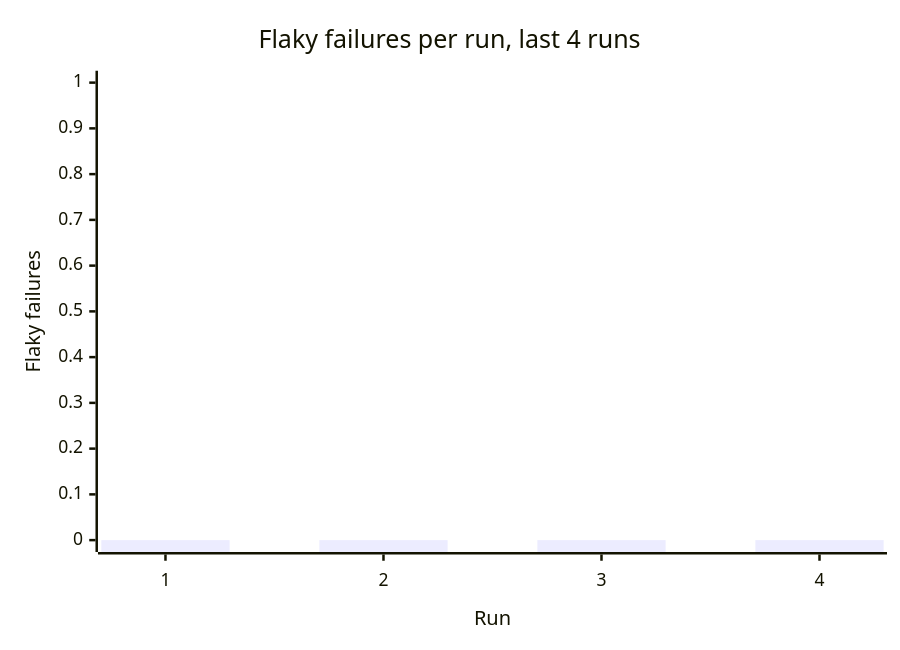
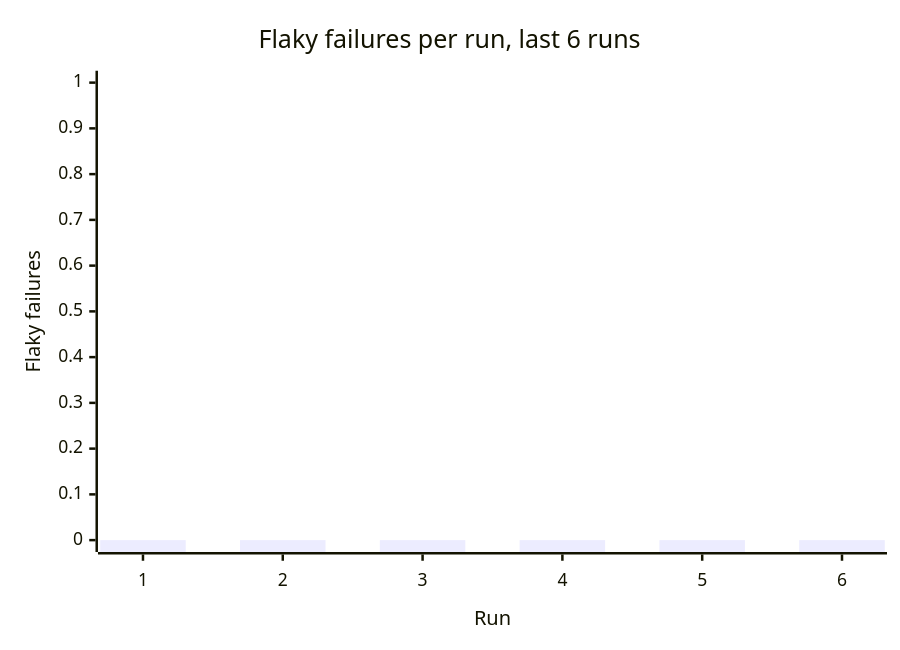
Before and after one commit to Shirojoufu/Service-Template: the second of 3 diagrams in reports/summary.md, drawn with Mermaid. The commit also changed other lines of this file and 5 other files, not shown here.

````diff
--- a/reports/summary.md
+++ b/reports/summary.md
@@ -25,7 +25,7 @@
 ```mermaid
 xychart-beta
-    title "Flaky failures per run, last 4 runs"
-    x-axis "Run" [1, 2, 3, 4]
+    title "Flaky failures per run, last 6 runs"
+    x-axis "Run" [1, 2, 3, 4, 5, 6]
     y-axis "Flaky failures" 0 --> 1
-    bar [0, 0, 0, 0]
+    bar [0, 0, 0, 0, 0, 0]
 ```
````
